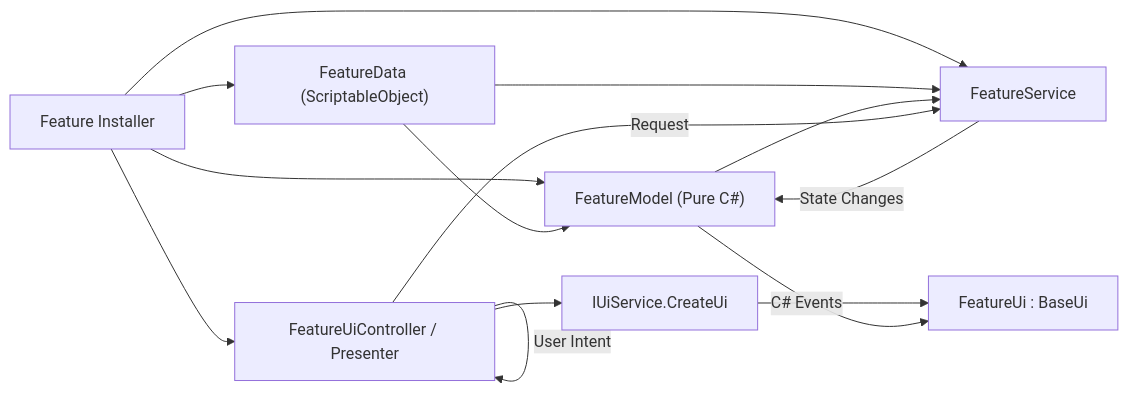
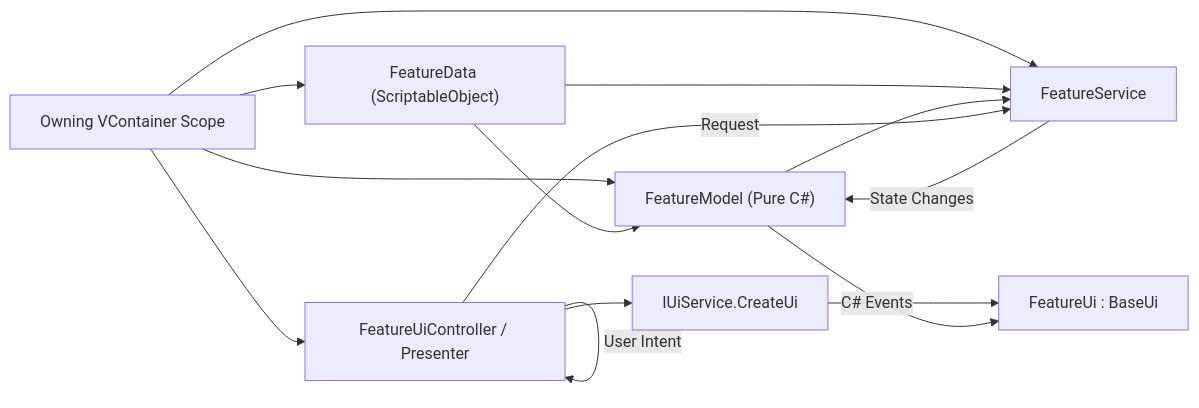
The diagram in EmpireAtWarDocumentation/Rules/README.md (GolinSky/empire-at-war), drawn with Mermaid before and after one commit. The commit also changed other lines of this file and 1868 other files, not shown here.

````diff
--- a/EmpireAtWarDocumentation/Rules/README.md
+++ b/EmpireAtWarDocumentation/Rules/README.md
@@ -23,16 +23,16 @@
 ```mermaid
 flowchart LR
-    Installer["Feature Installer"] --> Data["FeatureData (ScriptableObject)"]
+    Installer["Owning VContainer Scope"] --> Data["FeatureData (ScriptableObject)"]
     Installer --> Model["FeatureModel (Pure C#)"]
     Installer --> Service["FeatureService"]
     Installer --> Presenter["FeatureUiController / Presenter"]
     Data --> Model
     Data --> Service
     Model --> Service
     Presenter --> UiService["IUiService.CreateUi"]
     UiService --> View["FeatureUi : BaseUi"]
     Presenter -->|"User Intent"| Presenter
     Presenter -->|"Request"| Service
     Service -->|"State Changes"| Model
     Model -->|"C# Events"| View
 ```
````
